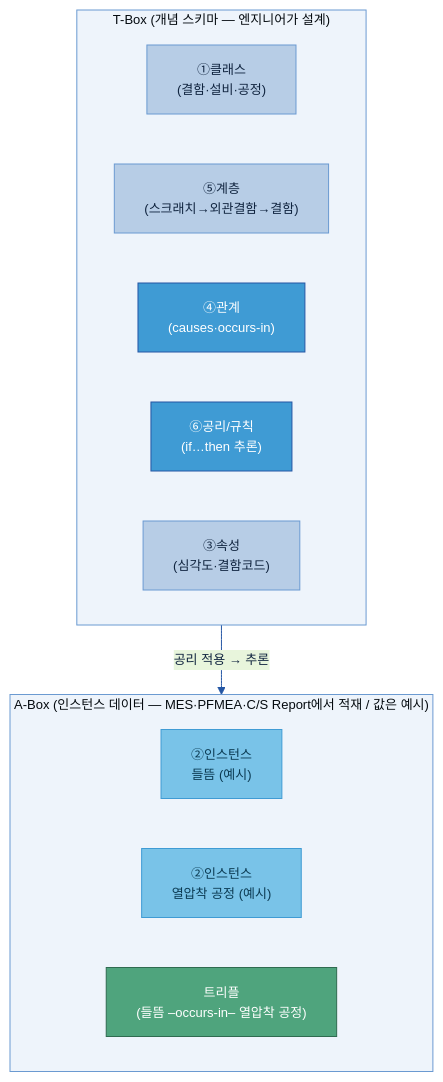
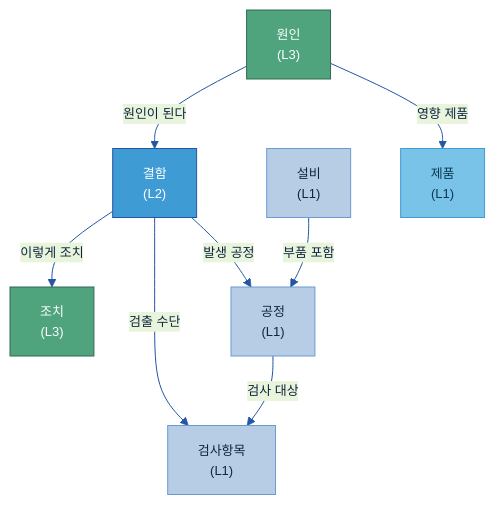
One commit to jin-kearney/ai-ready-data-manual changed the third of 7 diagrams in 가이드 작성/B-3 온톨로지/B-3 온톨로지.md. Above: the diagram before and after it, drawn with Mermaid. The commit also changed other lines of this file and 5 other files, not shown here.

````diff
--- a/가이드 작성/B-3 온톨로지/B-3 온톨로지.md
+++ b/가이드 작성/B-3 온톨로지/B-3 온톨로지.md
@@ -378,21 +220,22 @@
 ```mermaid
-%%{init: {'theme':'base','themeVariables':{'primaryColor':'#DCE8F5','primaryBorderColor':'#2456A4','primaryTextColor':'#10243f','lineColor':'#2456A4','clusterBkg':'#EEF4FB','clusterBorder':'#6B9AD1','fontSize':'13px'}}}%%
+%%{init: {'theme':'base','themeVariables':{'primaryColor':'#DCE8F5','primaryBorderColor':'#2456A4','primaryTextColor':'#10243f','lineColor':'#2456A4','fontSize':'13px'}}}%%
 flowchart TB
-    subgraph TBOX["T-Box (개념 스키마 — 엔지니어가 설계)"]
-        C1["①클래스\n(결함·설비·공정)"]:::n
-        C2["⑤계층\n(스크래치→외관결함→결함)"]:::n
-        C3["④관계\n(causes·occurs-in)"]:::gate
-        C4["⑥공리/규칙\n(if…then 추론)"]:::gate
-        C5["③속성\n(심각도·결함코드)"]:::n
-    end
-    subgraph ABOX["A-Box (인스턴스 데이터 — MES·PFMEA·C/S Report에서 적재 / 값은 예시)"]
-        I1["②인스턴스\n들뜸 (예시)"]:::src
-        I2["②인스턴스\n열압착 공정 (예시)"]:::src
-        I3["트리플\n(들뜸 –occurs-in– 열압착 공정)"]:::loop
-    end
-    TBOX -->|"공리 적용 → 추론"| ABOX
+    원인["원인\n(L3)"]:::loop
+    조치["조치\n(L3)"]:::loop
+    결함["결함\n(L2)"]:::gate
+    공정["공정\n(L1)"]:::n
+    설비["설비\n(L1)"]:::n
+    검사항목["검사항목\n(L1)"]:::n
+    제품["제품\n(L1)"]:::src
+    원인 -->|"원인이 된다"| 결함
+    결함 -->|"발생 공정"| 공정
+    결함 -->|"검출 수단"| 검사항목
+    결함 -->|"이렇게 조치"| 조치
+    공정 -->|"검사 대상"| 검사항목
+    설비 -->|"부품 포함"| 공정
+    원인 -->|"영향 제품"| 제품
     classDef n fill:#B7CDE6,stroke:#6B9AD1,color:#10243f;
+    classDef src fill:#79C3E8,stroke:#3F9BD4,color:#0b3a52;
     classDef gate fill:#3F9BD4,stroke:#2456A4,color:#fff;
-    classDef src fill:#79C3E8,stroke:#3F9BD4,color:#0b3a52;
     classDef loop fill:#4FA47D,stroke:#2f6b50,color:#fff;
 ```
````
